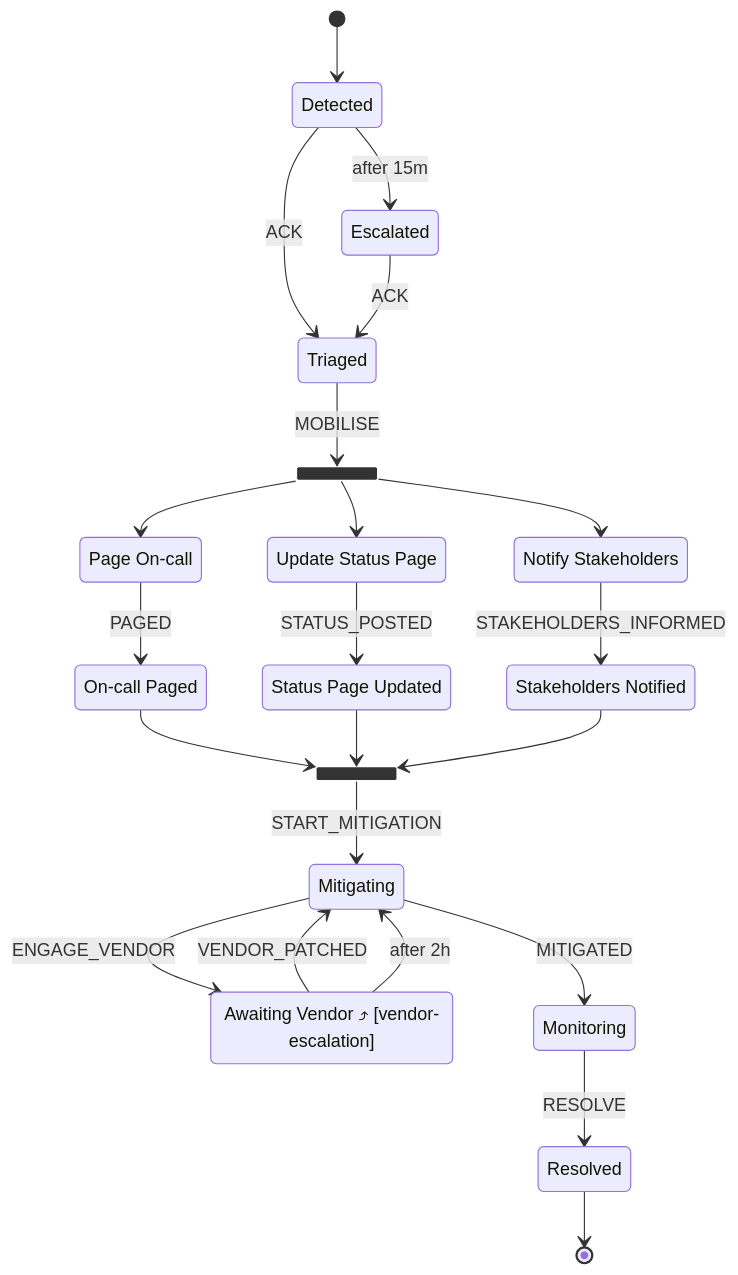
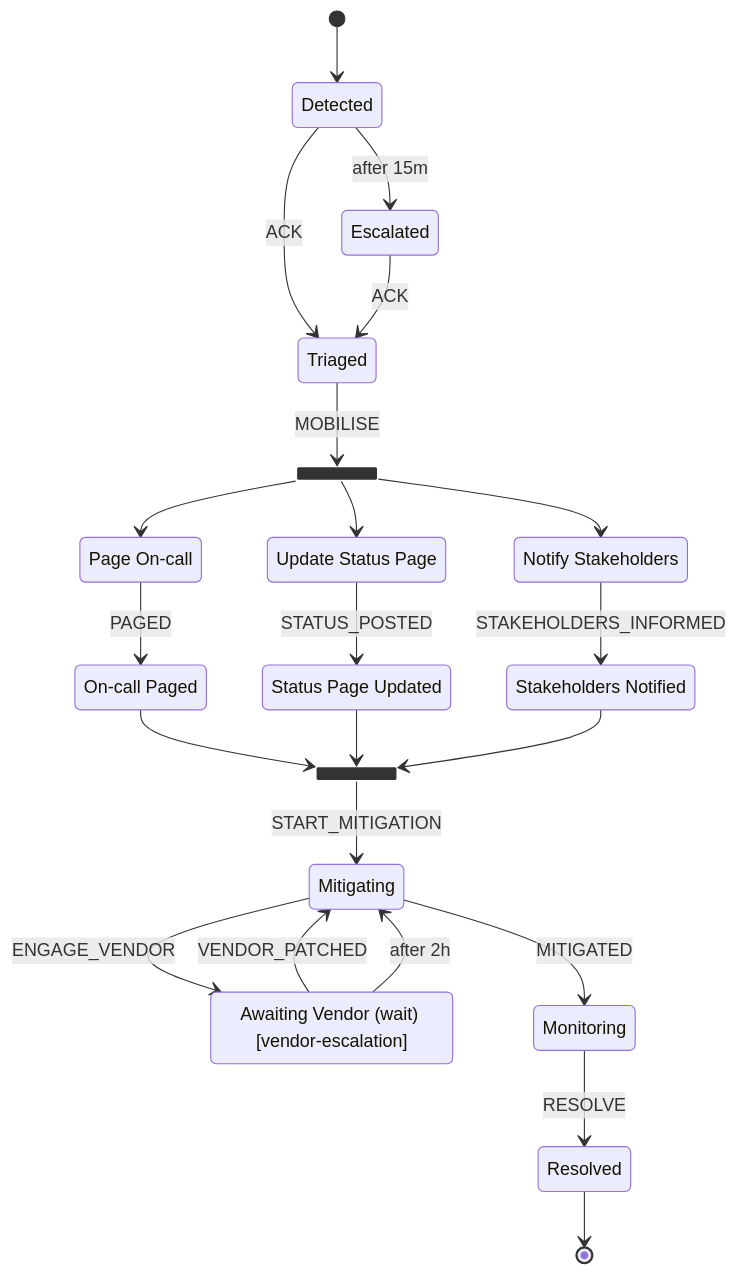
The diagram in docs/examples/diagrams/incident-response.md (zihung20/flowyd), drawn with Mermaid before and after one commit. The commit also changed 2 other files, not shown here.

Commit message:
chore(docs): regenerate wait-state diagrams for (wait) marker
Sync the committed Mermaid partials with the source change already on main
(MermaidExporter WaitState suffix changed from a decorative glyph to a plain
"(wait)" text marker). Generated artifacts only.

````diff
--- a/docs/examples/diagrams/incident-response.md
+++ b/docs/examples/diagrams/incident-response.md
@@ -3,40 +3,40 @@
 ```mermaid
 stateDiagram-v2
   detected : Detected
   escalated : Escalated
   triaged : Triaged
   oncall_paged : On-call Paged
   statuspage_updated : Status Page Updated
   stakeholders_notified : Stakeholders Notified
   page_oncall : Page On-call
   update_statuspage : Update Status Page
   notify_stakeholders : Notify Stakeholders
   state respond <<fork>>
   state response_ready <<join>>
   mitigating : Mitigating
-  state "Awaiting Vendor ⤴ [vendor-escalation]" as awaiting_vendor
+  state "Awaiting Vendor (wait) [vendor-escalation]" as awaiting_vendor
   monitoring : Monitoring
   resolved : Resolved
 
   [*] --> detected
   detected --> triaged : ACK
   detected --> escalated : after 15m
   escalated --> triaged : ACK
   triaged --> respond : MOBILISE
   page_oncall --> oncall_paged : PAGED
   update_statuspage --> statuspage_updated : STATUS_POSTED
   notify_stakeholders --> stakeholders_notified : STAKEHOLDERS_INFORMED
   response_ready --> mitigating : START_MITIGATION
   mitigating --> awaiting_vendor : ENGAGE_VENDOR
   awaiting_vendor --> mitigating : VENDOR_PATCHED
   awaiting_vendor --> mitigating : after 2h
   mitigating --> monitoring : MITIGATED
   monitoring --> resolved : RESOLVE
   respond --> page_oncall
   respond --> update_statuspage
   respond --> notify_stakeholders
   oncall_paged --> response_ready
   statuspage_updated --> response_ready
   stakeholders_notified --> response_ready
   resolved --> [*]
 ```
````
